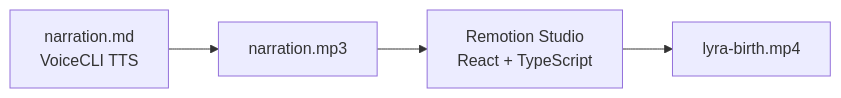
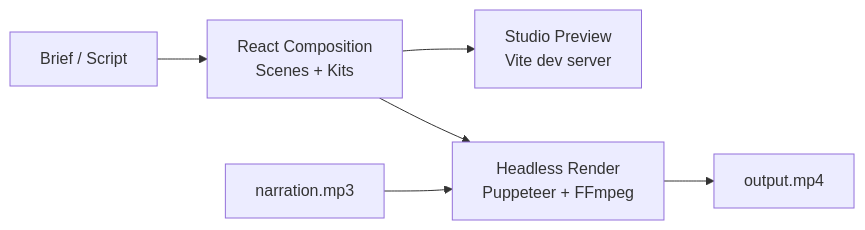
The diagram in README.md (Roxabi/roxabi-production), drawn with Mermaid before and after one commit. The commit also changed other lines of this file and 6 other files, not shown here.

````diff
--- a/README.md
+++ b/README.md
@@ -62,6 +64,8 @@
 ```mermaid
 flowchart LR
-  A[narration.md<br>VoiceCLI TTS] --> B[narration.mp3]
-  B --> C[Remotion Studio<br>React + TypeScript]
-  C --> D[lyra-birth.mp4]
+  A[Brief / Script] --> B[React Composition<br>Scenes + Kits]
+  B --> C[Studio Preview<br>Vite dev server]
+  B --> D[Headless Render<br>Puppeteer + FFmpeg]
+  D --> E[output.mp4]
+  F[narration.mp3] --> D
 ```
````
